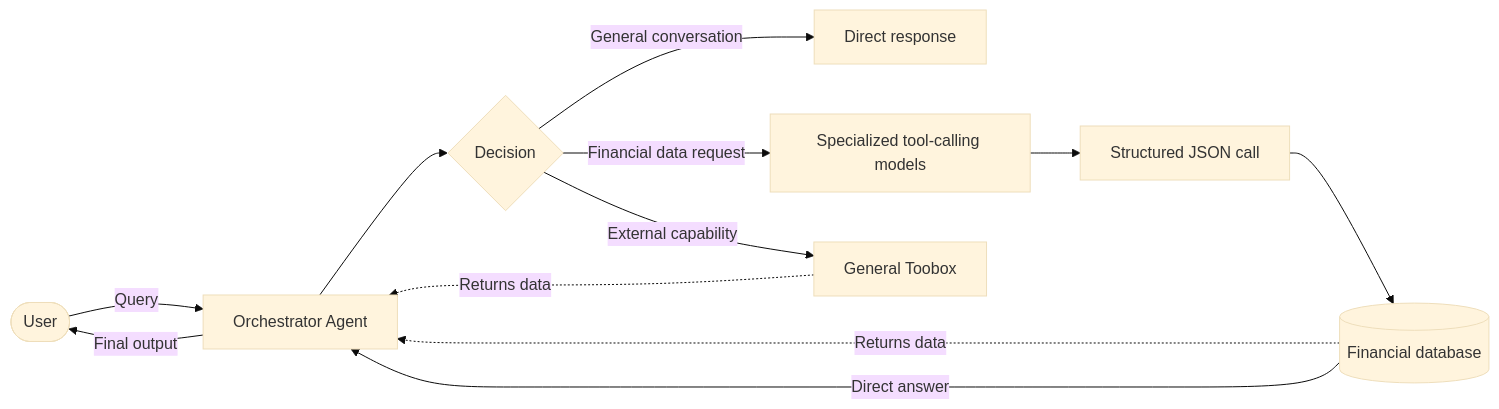
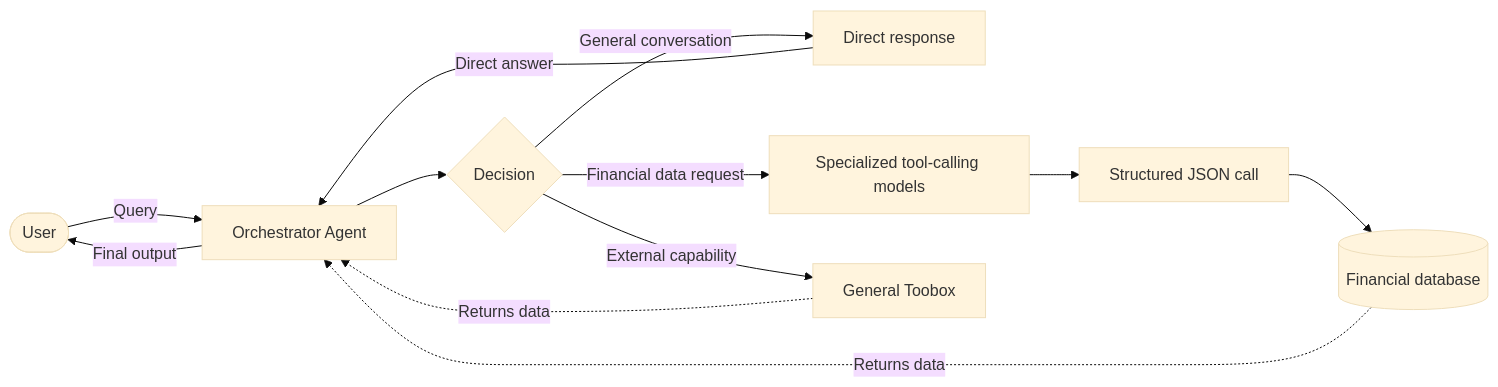
Before and after one commit to erfansoheil/erfansoheil.github.io: the diagram in projects/agentic_finance/README.md, drawn with Mermaid (base theme).

Commit message:
Update README.md to correct flowchart label from "Direct answer" to "A", improving clarity in the output paths to the user.

````diff
--- a/projects/agentic_finance/README.md
+++ b/projects/agentic_finance/README.md
@@ -12,34 +12,34 @@
 ```mermaid
 flowchart LR
     %% Define nodes with distinct shapes for better visual hierarchy
     U([User])
     O[Orchestrator Agent]
     R{Decision}
     A[Direct response]
     F[Specialized tool-calling models]
     J[Structured JSON call]
     T[General Toobox]
     D[(Financial database)]
 
 
     %% Initial request
     U -->|Query| O
     O --> R
 
     %% Branching logic
     R -->|General conversation| A
     R -->|External capability| T
     R -->|Financial data request| F
 
     %% Financial sub-process
     F --> J
     J --> D
 
     %% Feedback loops (Return paths to Orchestrator)
     D -.->|Returns data| O
     T -.->|Returns data| O
 
     %% Output paths to User
     O -->|Final output| U
-    D -->|Direct answer| O
+    A -->|Direct answer| O
 ```
````
